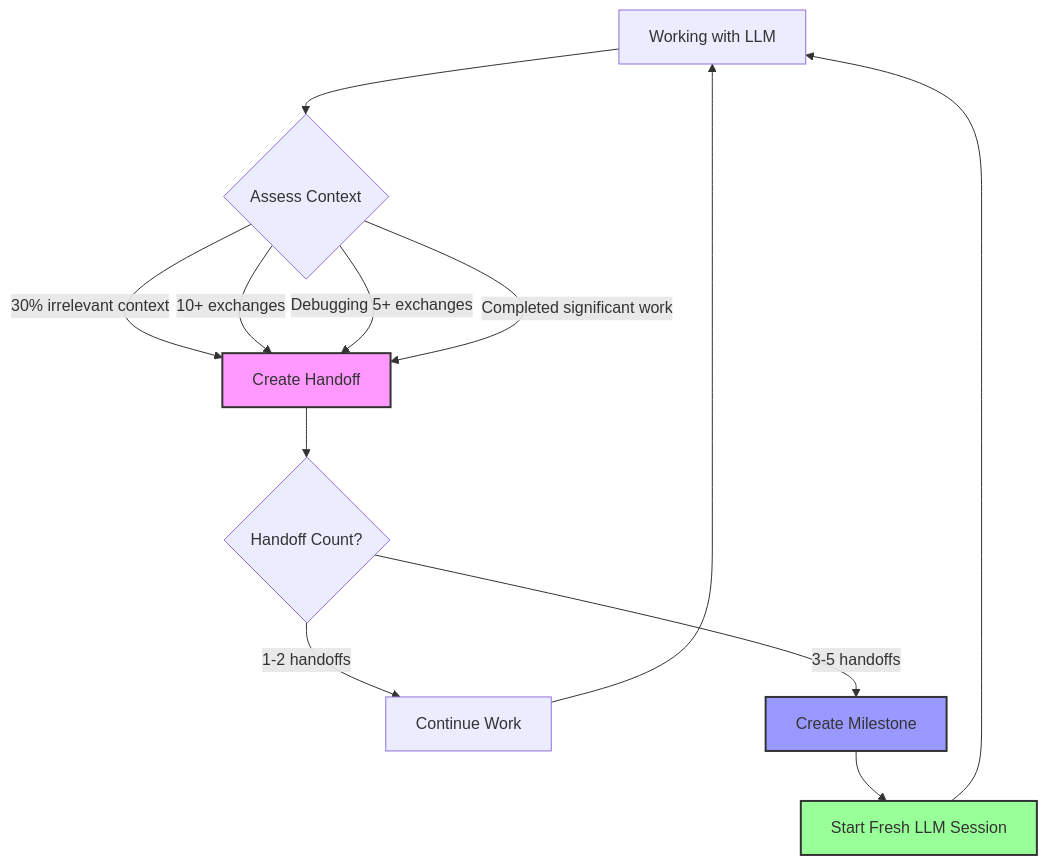
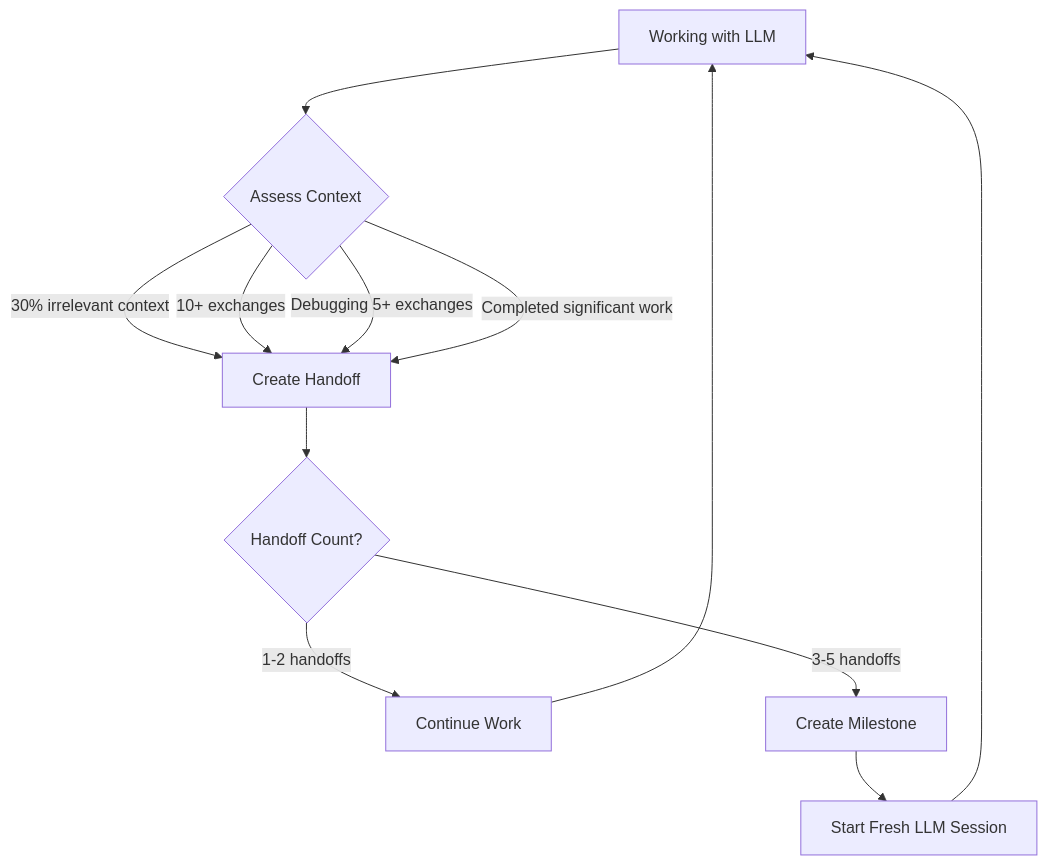
The third of 4 diagrams in handoffs/handoff-system-guide.md (xlfish233/RooFlow), drawn with Mermaid before and after one commit. The commit also changed other lines of this file and 3 other files, not shown here.

Commit message:
Updated user paths and fixed bad mermaid colors

````diff
--- a/handoffs/handoff-system-guide.md
+++ b/handoffs/handoff-system-guide.md
@@ -93,21 +91,18 @@
 ```mermaid
 graph TD
     Start[Working with LLM] --> Decision{Assess Context}
     Decision -->|30% irrelevant context| CreateHandoff[Create Handoff]
     Decision -->|10+ exchanges| CreateHandoff
     Decision -->|Debugging 5+ exchanges| CreateHandoff
     Decision -->|Completed significant work| CreateHandoff
     
     CreateHandoff --> Count{Handoff Count?}
     Count -->|1-2 handoffs| Continue[Continue Work]
     Count -->|3-5 handoffs| CreateMilestone[Create Milestone]
     
     CreateMilestone --> NewSession[Start Fresh LLM Session]
     NewSession --> Start
     
     Continue --> Start
     
-    style CreateHandoff fill:#f9f,stroke:#333,stroke-width:2px
-    style CreateMilestone fill:#99f,stroke:#333,stroke-width:2px
-    style NewSession fill:#9f9,stroke:#333,stroke-width:2px
 ```
````
